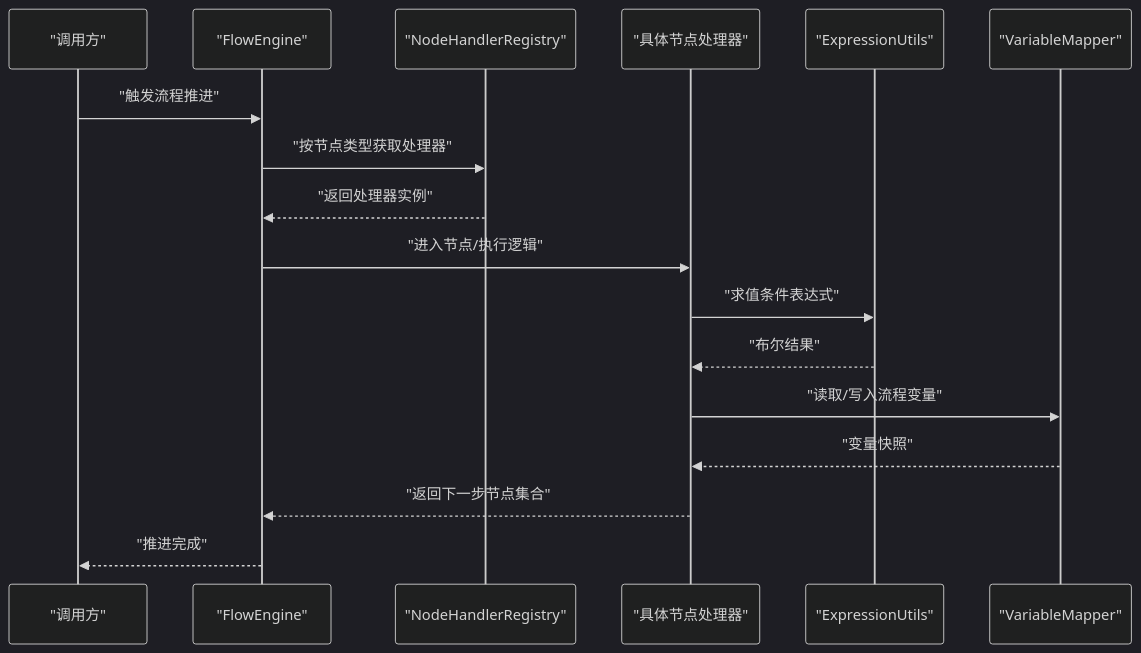
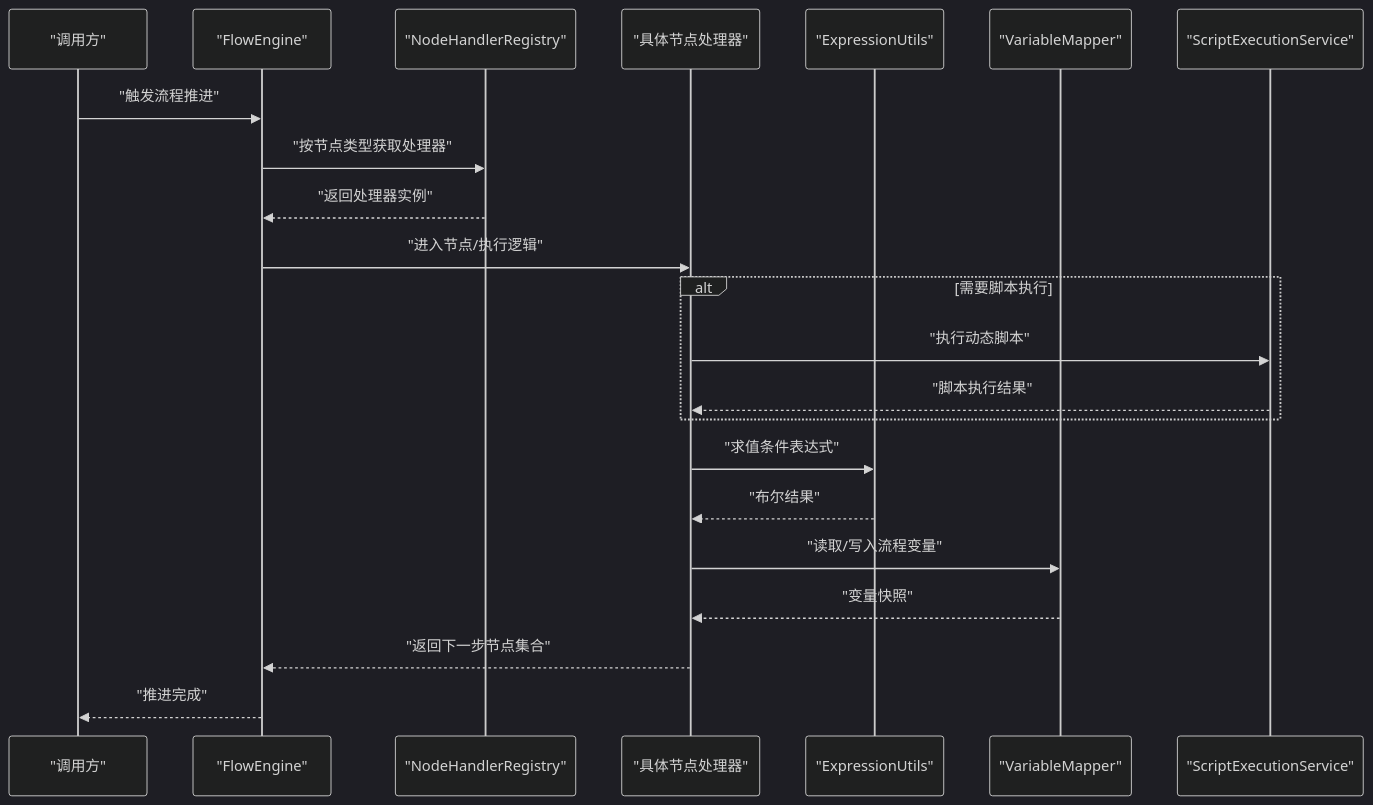
The second of 4 diagrams in .qoder/repowiki/zh/content/核心引擎设计/节点处理器架构/内置节点类型/内置节点类型.md (liming-lihaini/workflow), drawn with Mermaid (dark theme) before and after one commit. The commit also changed other lines of this file and 9 other files, not shown here.

````diff
--- a/.qoder/repowiki/zh/content/核心引擎设计/节点处理器架构/内置节点类型/内置节点类型.md
+++ b/.qoder/repowiki/zh/content/核心引擎设计/节点处理器架构/内置节点类型/内置节点类型.md
@@ -176,19 +198,24 @@
 ```mermaid
 sequenceDiagram
 participant Client as "调用方"
 participant Engine as "FlowEngine"
 participant Registry as "NodeHandlerRegistry"
 participant Handler as "具体节点处理器"
 participant Expr as "ExpressionUtils"
 participant Var as "VariableMapper"
+participant Script as "ScriptExecutionService"
 Client->>Engine : "触发流程推进"
 Engine->>Registry : "按节点类型获取处理器"
 Registry-->>Engine : "返回处理器实例"
 Engine->>Handler : "进入节点/执行逻辑"
+alt 需要脚本执行
+Handler->>Script : "执行动态脚本"
+Script-->>Handler : "脚本执行结果"
+end
 Handler->>Expr : "求值条件表达式"
 Expr-->>Handler : "布尔结果"
 Handler->>Var : "读取/写入流程变量"
 Var-->>Handler : "变量快照"
 Handler-->>Engine : "返回下一步节点集合"
 Engine-->>Client : "推进完成"
 ```
````
